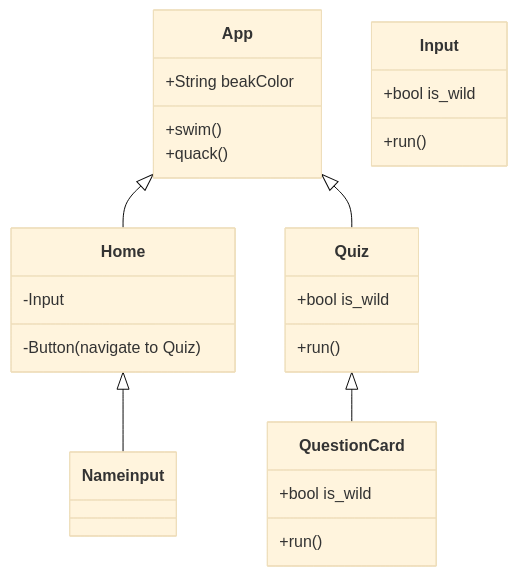
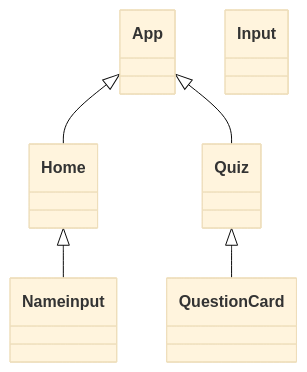
Before and after one commit to TheFullStackFred/fredrikstromberg-testing_typescipt-quiz_app: the diagram in src/diagrams/classDiagram.md, drawn with Mermaid (base theme).

Commit message:
started with classdiagram

````diff
--- a/src/diagrams/classDiagram.md
+++ b/src/diagrams/classDiagram.md
@@ -3,32 +3,26 @@
 ```mermaid
   classDiagram
     App <|-- Home
     App <|-- Quiz
     Quiz <|-- QuestionCard
     Home <|-- Nameinput
 
 
     class App {
-        +String beakColor
-        +swim()
-        +quack()
+
     }
     class Home {
-        -Input
-        -Button(navigate to Quiz)
+
     }
     class Quiz {
-        +bool is_wild
-        +run()
+
     }
     class QuestionCard {
-        +bool is_wild
-        +run()
+
     }
     class Input {
-        +bool is_wild
-        +run()
+
     }
 
 
 ```
````
